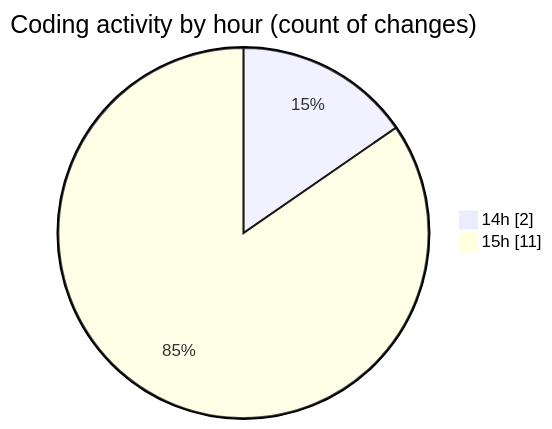
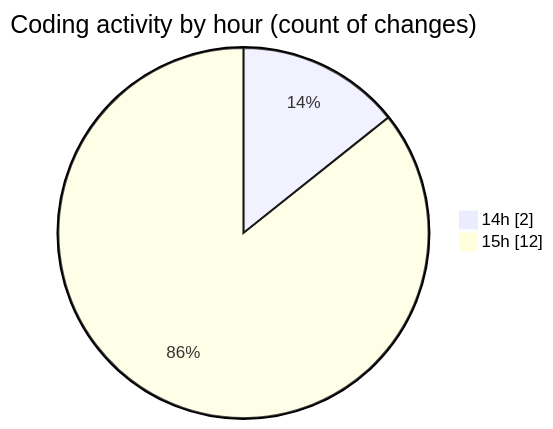
One commit to ricardozamudiocil/code-tracking changed the second of 2 diagrams in 2026-09-30/cilreports__workspace_/README.md. Above: the diagram before and after it, drawn with Mermaid. The commit also changed other lines of this file and 1 other file, not shown here.

````diff
--- a/2026-09-30/cilreports__workspace_/README.md
+++ b/2026-09-30/cilreports__workspace_/README.md
@@ -32,6 +32,6 @@
 ```mermaid
 pie showData
 title Coding activity by hour (count of changes)
 "14h" : 2
-"15h" : 11
+"15h" : 12
 ```
````
